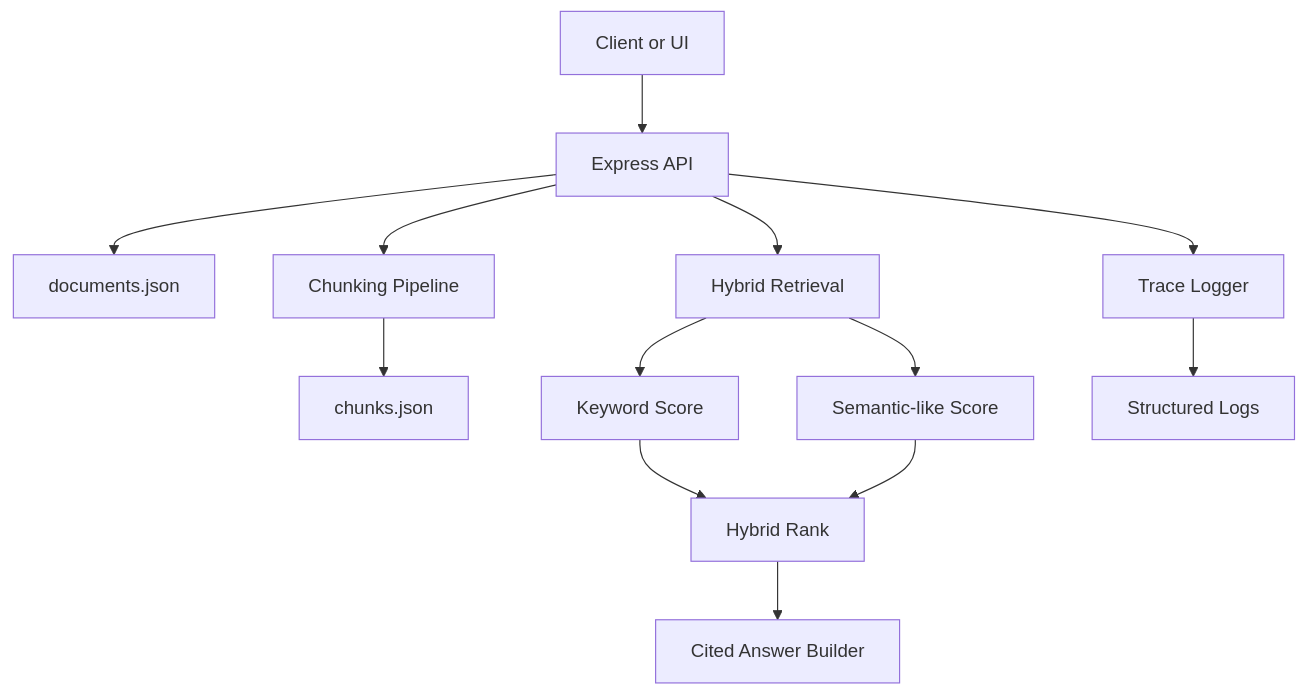
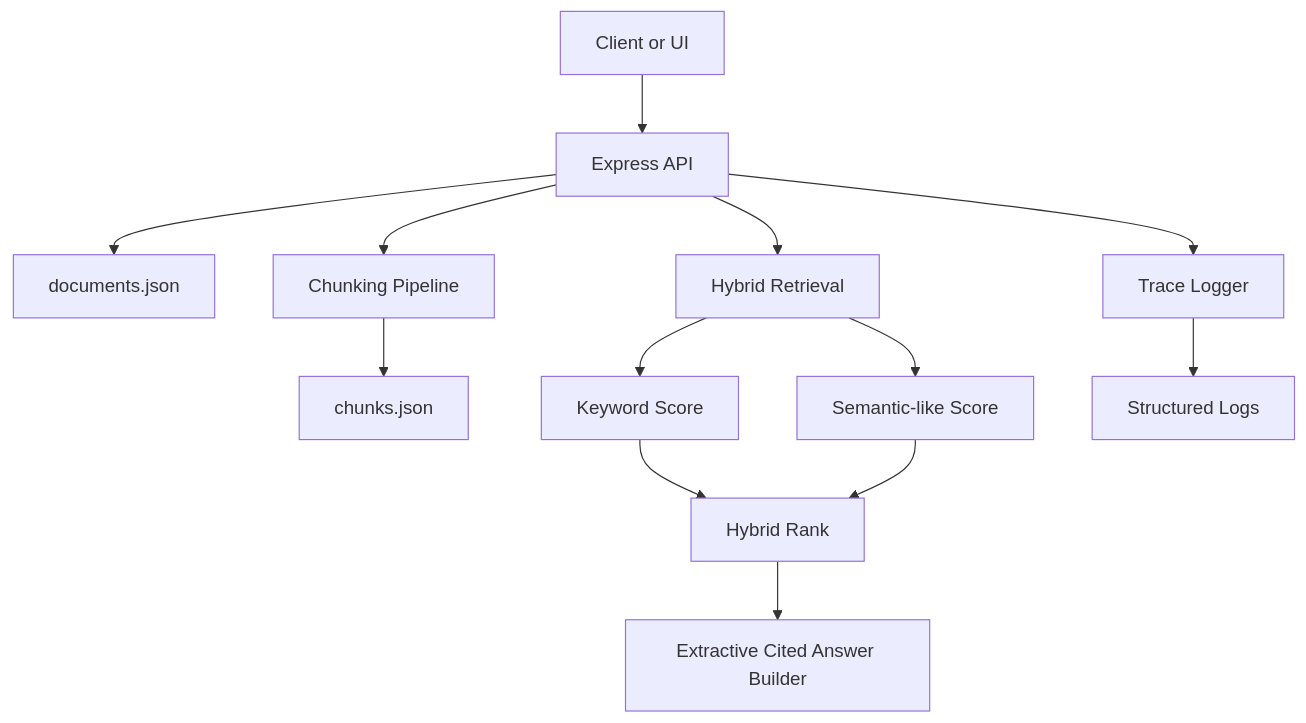
One commit to AnkitParekh007/Agentic-Engineering-Playbook changed the diagram in projects/p02-enterprise-rag-copilot/architecture.md. Above: the diagram before and after it, drawn with Mermaid. The commit also changed other lines of this file and 10 other files, not shown here.

````diff
--- a/projects/p02-enterprise-rag-copilot/architecture.md
+++ b/projects/p02-enterprise-rag-copilot/architecture.md
@@ -7,15 +9,15 @@
 ```mermaid
 flowchart TD
   Client["Client or UI"] --> API["Express API"]
   API --> Docs["documents.json"]
   API --> Ingest["Chunking Pipeline"]
   Ingest --> Chunks["chunks.json"]
   API --> Retrieve["Hybrid Retrieval"]
   Retrieve --> Keyword["Keyword Score"]
   Retrieve --> Semantic["Semantic-like Score"]
   Keyword --> Hybrid["Hybrid Rank"]
   Semantic --> Hybrid
-  Hybrid --> Answer["Cited Answer Builder"]
+  Hybrid --> Answer["Extractive Cited Answer Builder"]
   API --> Trace["Trace Logger"]
   Trace --> Console["Structured Logs"]
 ```
````
